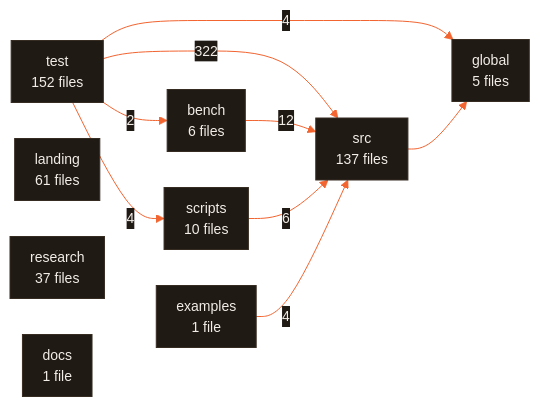
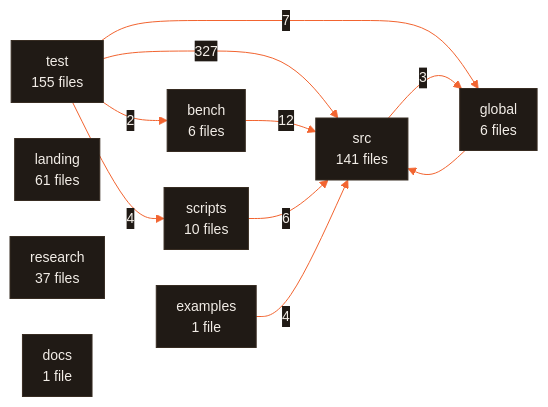
Before and after one commit to CodeWithJuber/forgekit: the diagram in ARCHITECTURE.md, drawn with Mermaid. The commit also changed other lines of this file and 30 other files, not shown here.

````diff
--- a/ARCHITECTURE.md
+++ b/ARCHITECTURE.md
@@ -671,21 +671,22 @@
 ```mermaid
 %%{init: {'theme':'base','themeVariables':{'primaryColor':'#201a15','primaryTextColor':'#f2ede7','primaryBorderColor':'#372c22','lineColor':'#f26430','secondaryColor':'#272019','tertiaryColor':'#171310','edgeLabelBackground':'#201a15','clusterBkg':'#171310','clusterBorder':'#4a3b2e','fontFamily':'ui-sans-serif, system-ui, sans-serif','fontSize':'14px'},'flowchart':{'curve':'basis','padding':10,'nodeSpacing':36,'rankSpacing':44}}}%%
 flowchart LR
-  test["test<br/>152 files"]
-  src["src<br/>137 files"]
+  test["test<br/>155 files"]
+  src["src<br/>141 files"]
   landing["landing<br/>61 files"]
   research["research<br/>37 files"]
   scripts["scripts<br/>10 files"]
   bench["bench<br/>6 files"]
-  global["global<br/>5 files"]
+  global["global<br/>6 files"]
   docs["docs<br/>1 file"]
   examples["examples<br/>1 file"]
-  test -- 322 --> src
+  test -- 327 --> src
   bench -- 12 --> src
+  test -- 7 --> global
   scripts -- 6 --> src
   examples -- 4 --> src
-  test -- 4 --> global
   test -- 4 --> scripts
+  src -- 3 --> global
   test -- 2 --> bench
-  src --> global
+  global --> src
 ```
````
